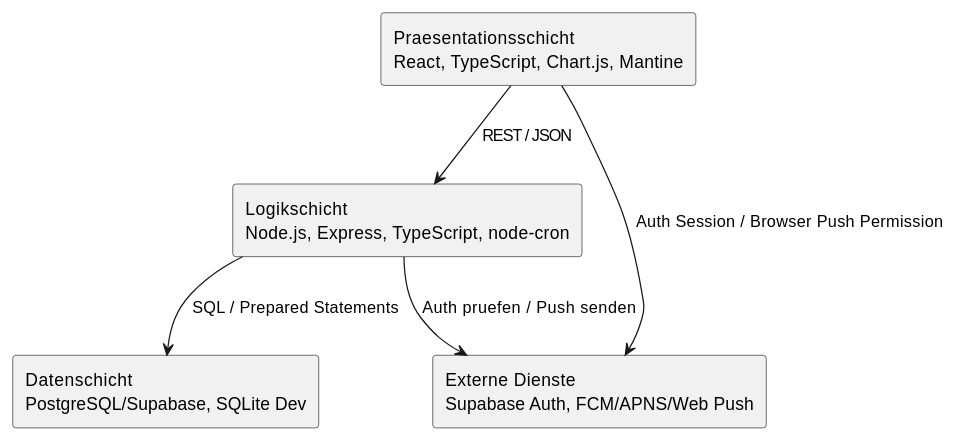
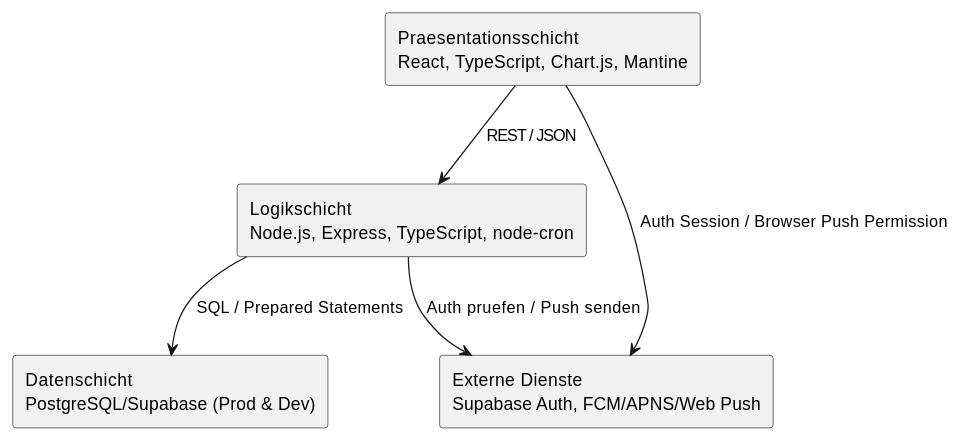
One commit to momel13/SubscriptionGuard-E2 changed the second of 2 diagrams in docs/technical/architecture.adoc. Above: the diagram before and after it, drawn with PlantUML. The commit also changed other lines of this file and 1 other file, not shown here.

```diff
--- a/docs/technical/architecture.adoc
+++ b/docs/technical/architecture.adoc
@@ -377,17 +371,17 @@
 [plantuml,layers,svg]
 ----
 @startuml
 top to bottom direction
 skinparam componentStyle rectangle
 
 rectangle "Praesentationsschicht\nReact, TypeScript, Chart.js, Mantine" as Presentation
 rectangle "Logikschicht\nNode.js, Express, TypeScript, node-cron" as Logic
-rectangle "Datenschicht\nPostgreSQL/Supabase, SQLite Dev" as Data
+rectangle "Datenschicht\nPostgreSQL/Supabase (Prod & Dev)" as Data
 rectangle "Externe Dienste\nSupabase Auth, FCM/APNS/Web Push" as External
 
 Presentation --> Logic : REST / JSON
 Presentation --> External : Auth Session / Browser Push Permission
 Logic --> Data : SQL / Prepared Statements
 Logic --> External : Auth pruefen / Push senden
 @enduml
 ----
```
